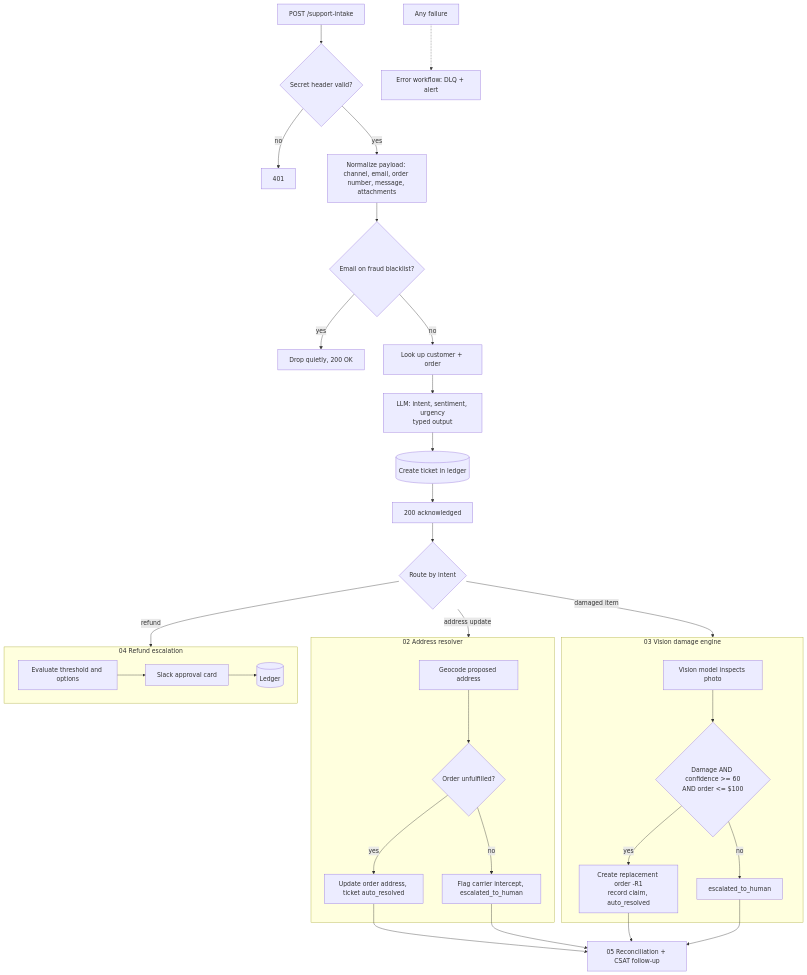
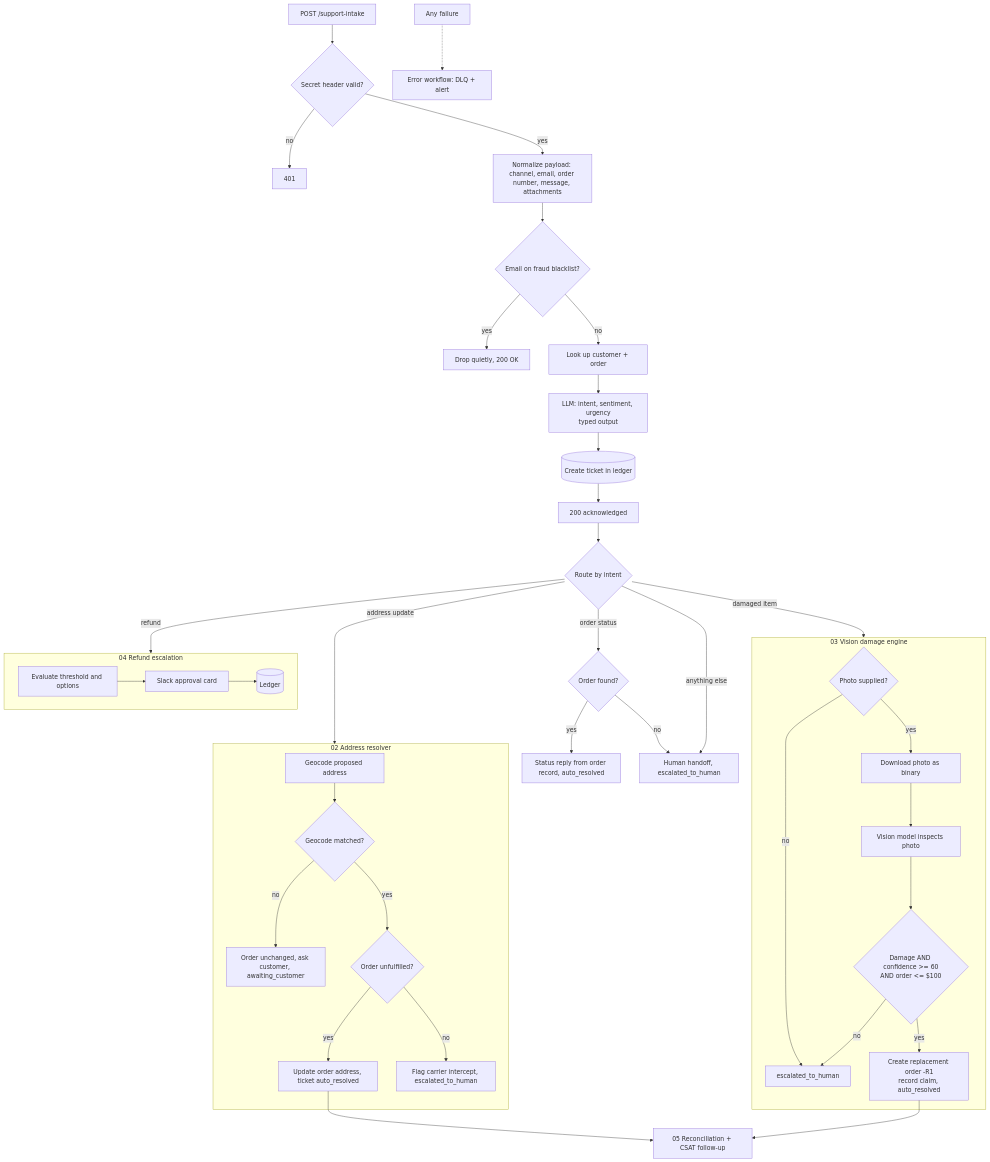
The diagram in README.md (lomonol/n8n-support-warranty-automation), drawn with Mermaid before and after one commit. The commit also changed other lines of this file and 7 other files, not shown here.

Commit message:
Fix vision input, add status and handoff branches, gate address updates, sequence ticket numbers

````diff
--- a/README.md
+++ b/README.md
@@ -45,31 +45,39 @@
 ```mermaid
 flowchart TD
   A[POST /support-intake] --> B{Secret header valid?}
   B -- no --> X[401]
   B -- yes --> N[Normalize payload: channel, email, order number, message, attachments]
   N --> C{Email on fraud blacklist?}
   C -- yes --> D[Drop quietly, 200 OK]
   C -- no --> P[Look up customer + order]
   P --> L[LLM: intent, sentiment, urgency<br/>typed output]
   L --> T[(Create ticket in ledger)]
   T --> ACK[200 acknowledged]
   ACK --> R{Route by intent}
   R -- address update --> W2
   R -- damaged item --> W3
   R -- refund --> W4
+  R -- order status --> OS{Order found?}
+  OS -- yes --> SR[Status reply from order record, auto_resolved]
+  OS -- no --> HO
+  R -- anything else --> HO[Human handoff, escalated_to_human]
   subgraph W2[02 Address resolver]
-    G[Geocode proposed address] --> F{Order unfulfilled?}
+    G[Geocode proposed address] --> GM{Geocode matched?}
+    GM -- no --> AU[Order unchanged, ask customer, awaiting_customer]
+    GM -- yes --> F{Order unfulfilled?}
     F -- yes --> U[Update order address, ticket auto_resolved]
     F -- no --> I[Flag carrier intercept, escalated_to_human]
   end
   subgraph W3[03 Vision damage engine]
-    V[Vision model inspects photo] --> E{Damage AND confidence >= 60<br/>AND order <= $100}
+    HP{Photo supplied?} -- no --> ES
+    HP -- yes --> DL[Download photo as binary] --> V[Vision model inspects photo]
+    V --> E{Damage AND confidence >= 60<br/>AND order <= $100}
     E -- yes --> RO[Create replacement order -R1<br/>record claim, auto_resolved]
     E -- no --> ES[escalated_to_human]
   end
   subgraph W4[04 Refund escalation]
     H[Evaluate threshold and options] --> SL[Slack approval card] --> LG[(Ledger)]
   end
-  U & I & RO & ES --> W5[05 Reconciliation + CSAT follow-up]
+  U & RO --> W5[05 Reconciliation + CSAT follow-up]
   Z[Any failure] -.-> DLQ[Error workflow: DLQ + alert]
 ```
````
